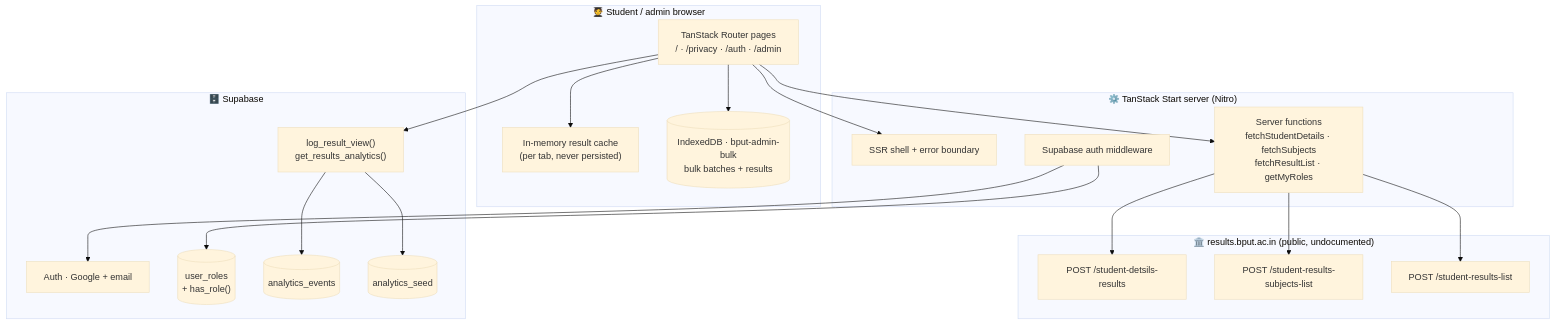
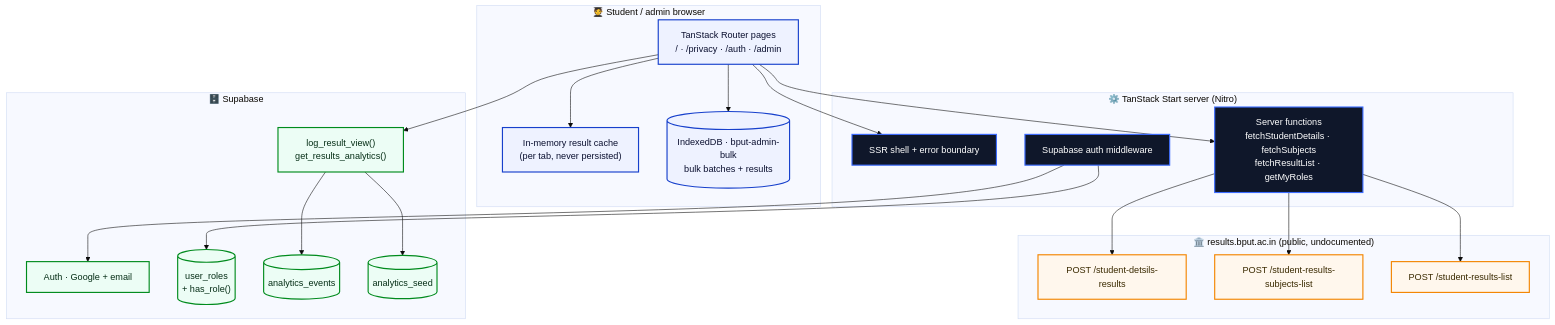
Before and after one commit to flawsom/result: the second of 5 diagrams in README.md, drawn with Mermaid (base theme). The commit also changed other lines of this file and 8 other files, not shown here.

````diff
--- a/README.md
+++ b/README.md
@@ -323,41 +352,50 @@
 ```mermaid
 flowchart TB
   subgraph Client["🧑‍🎓 Student / admin browser"]
     UI["TanStack Router pages<br/>/ · /privacy · /auth · /admin"]
     MEM["In-memory result cache<br/>(per tab, never persisted)"]
     IDB[("IndexedDB · bput-admin-bulk<br/>bulk batches + results")]
   end
 
   subgraph Server["⚙️ TanStack Start server (Nitro)"]
     SSR["SSR shell + error boundary"]
     MW["Supabase auth middleware"]
     SF["Server functions<br/>fetchStudentDetails · fetchSubjects<br/>fetchResultList · getMyRoles"]
   end
 
   subgraph Upstream["🏛️ results.bput.ac.in (public, undocumented)"]
     U1["POST /student-detsils-results"]
     U2["POST /student-results-subjects-list"]
     U3["POST /student-results-list"]
   end
 
   subgraph Supabase["🗄️ Supabase"]
     AUTH["Auth · Google + email"]
     ROLES[("user_roles<br/>+ has_role()")]
     EVENTS[("analytics_events")]
     SEED[("analytics_seed")]
     RPC["log_result_view()<br/>get_results_analytics()"]
   end
 
   UI --> MEM
   UI --> IDB
   UI --> SSR
   UI --> SF
   SF --> U1
   SF --> U2
   SF --> U3
   MW --> AUTH
   MW --> ROLES
   UI --> RPC
   RPC --> EVENTS
   RPC --> SEED
+
+  classDef client fill:#eef2ff,stroke:#1740cc,stroke-width:2px,color:#0b1030
+  classDef server fill:#0f172a,stroke:#3b6bff,stroke-width:2px,color:#ffffff
+  classDef upstream fill:#fff7ed,stroke:#f38500,stroke-width:2px,color:#3a2a00
+  classDef data fill:#ecfdf5,stroke:#008b1d,stroke-width:2px,color:#052e16
+  class UI,MEM,IDB client
+  class SSR,MW,SF server
+  class U1,U2,U3 upstream
+  class AUTH,ROLES,EVENTS,SEED,RPC data
 ```
````
